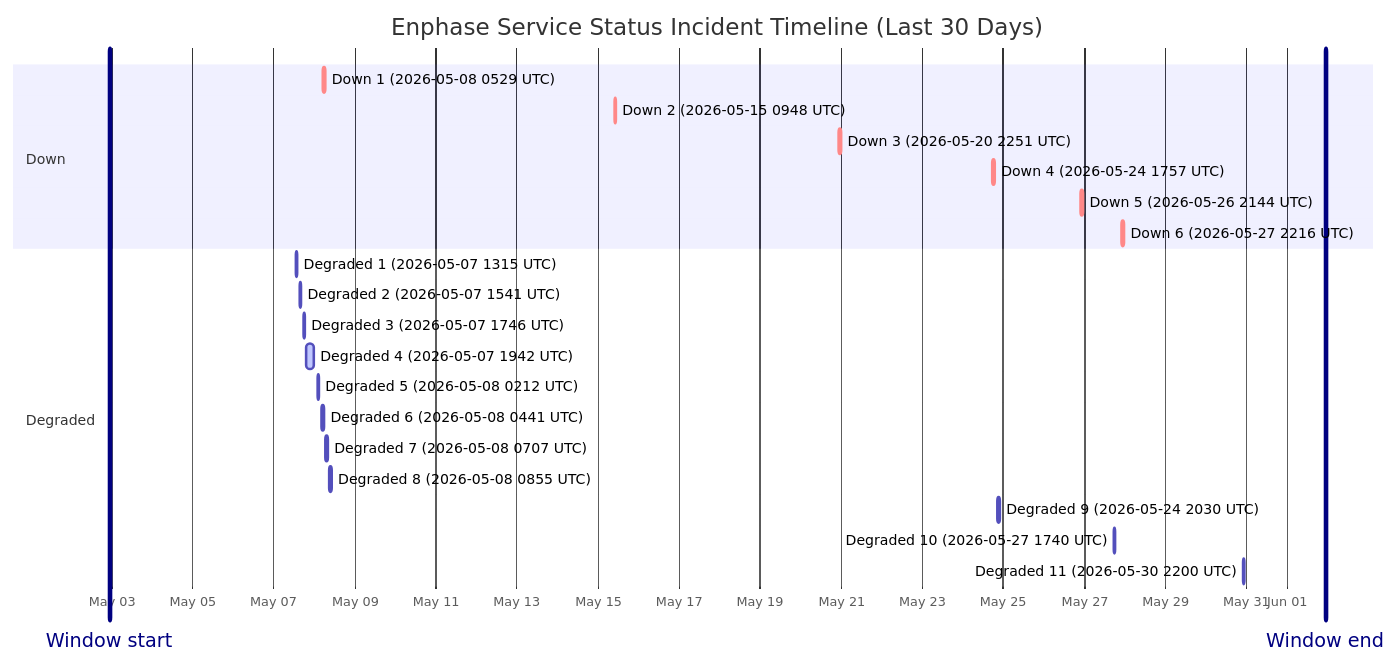
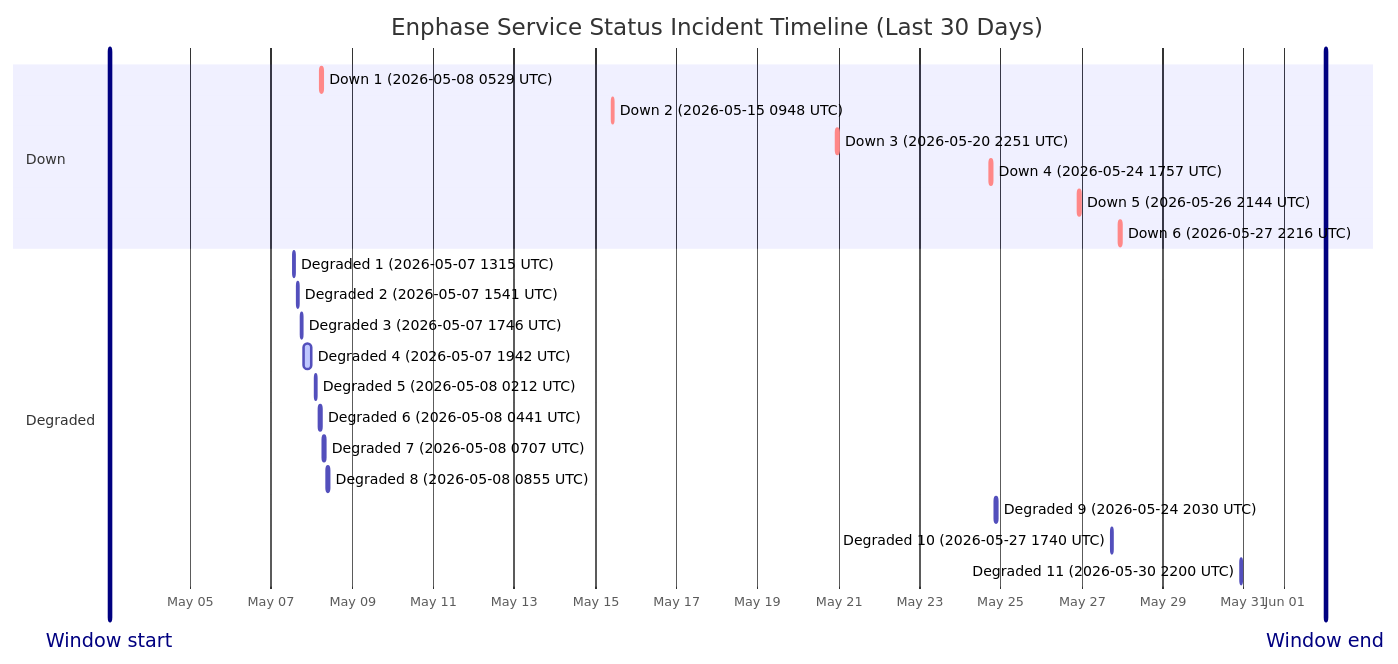
Before and after one commit to barneyonline/ha-enphase-ev-charger: the diagram in wiki/Service-Status-History.md, drawn with Mermaid. The commit also changed other lines of this file and 3 other files, not shown here.

````diff
--- a/wiki/Service-Status-History.md
+++ b/wiki/Service-Status-History.md
@@ -14,27 +14,27 @@
 ```mermaid
 gantt
     title Enphase Service Status Incident Timeline (Last 30 Days)
     dateFormat  YYYY-MM-DDTHH:mm:ss
     axisFormat  %b %d
-    Window start :vert, window-start, 2026-05-02T22:40:25, 0ms
-    Window end :vert, window-end, 2026-06-01T22:40:25, 0ms
+    Window start :vert, window-start, 2026-05-03T00:12:33, 0ms
+    Window end :vert, window-end, 2026-06-02T00:12:33, 0ms
     section Down
     Down 1 (2026-05-08 0529 UTC) :crit, down-1, 2026-05-08T05:29:47, 60m
     Down 2 (2026-05-15 0948 UTC) :crit, down-2, 2026-05-15T09:48:18, 60m
     Down 3 (2026-05-20 2251 UTC) :crit, down-3, 2026-05-20T22:51:14, 75m
     Down 4 (2026-05-24 1757 UTC) :crit, down-4, 2026-05-24T17:57:41, 86m
     Down 5 (2026-05-26 2144 UTC) :crit, down-5, 2026-05-26T21:44:11, 85m
     Down 6 (2026-05-27 2216 UTC) :crit, down-6, 2026-05-27T22:16:53, 87m
     section Degraded
     Degraded 1 (2026-05-07 1315 UTC) :active, degraded-1, 2026-05-07T13:15:25, 60m
     Degraded 2 (2026-05-07 1541 UTC) :active, degraded-2, 2026-05-07T15:41:58, 60m
     Degraded 3 (2026-05-07 1746 UTC) :active, degraded-3, 2026-05-07T17:46:51, 60m
     Degraded 4 (2026-05-07 1942 UTC) :active, degraded-4, 2026-05-07T19:42:10, 249m
     Degraded 5 (2026-05-08 0212 UTC) :active, degraded-5, 2026-05-08T02:12:39, 60m
     Degraded 6 (2026-05-08 0441 UTC) :active, degraded-6, 2026-05-08T04:41:46, 60m
     Degraded 7 (2026-05-08 0707 UTC) :active, degraded-7, 2026-05-08T07:07:30, 60m
     Degraded 8 (2026-05-08 0855 UTC) :active, degraded-8, 2026-05-08T08:55:20, 88m
     Degraded 9 (2026-05-24 2030 UTC) :active, degraded-9, 2026-05-24T20:30:57, 84m
     Degraded 10 (2026-05-27 1740 UTC) :active, degraded-10, 2026-05-27T17:40:52, 60m
     Degraded 11 (2026-05-30 2200 UTC) :active, degraded-11, 2026-05-30T22:00:37, 60m
 ```
````
